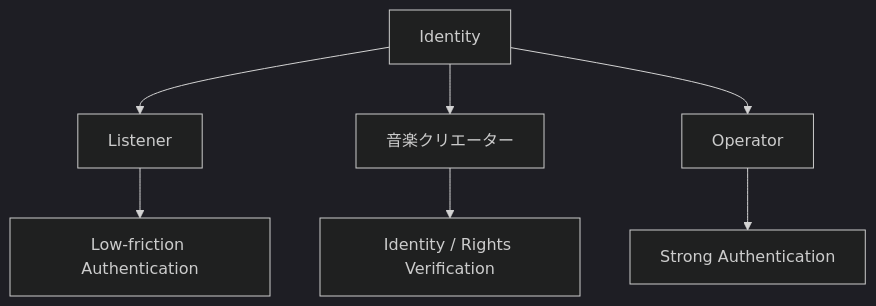
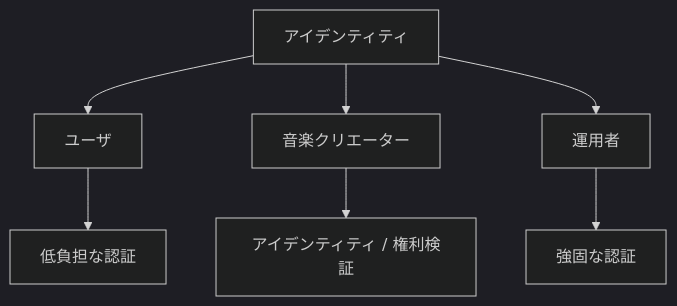
One commit to ShigeichiroYamasaki/creator-first-platform changed the fourth of 48 diagrams in docs/whitepaper/10-security.md. Above: the diagram before and after it, drawn with Mermaid (dark theme). The commit also changed other lines of this file and 72 other files, not shown here.

````diff
--- a/docs/whitepaper/10-security.md
+++ b/docs/whitepaper/10-security.md
@@ -149,12 +149,12 @@
 ```mermaid
 flowchart TD
-    ID[Identity]
+    ID[アイデンティティ]
 
-    ID --> USER[Listener]
+    ID --> USER[ユーザ]
     ID --> CREATOR[音楽クリエーター]
-    ID --> ADMIN[Operator]
+    ID --> ADMIN[運用者]
 
-    USER --> UAUTH[Low-friction Authentication]
-    CREATOR --> CVERIFY[Identity / Rights Verification]
-    ADMIN --> STRONG[Strong Authentication]
+    USER --> UAUTH[低負担な認証]
+    CREATOR --> CVERIFY[アイデンティティ / 権利検証]
+    ADMIN --> STRONG[強固な認証]
 ```
````
